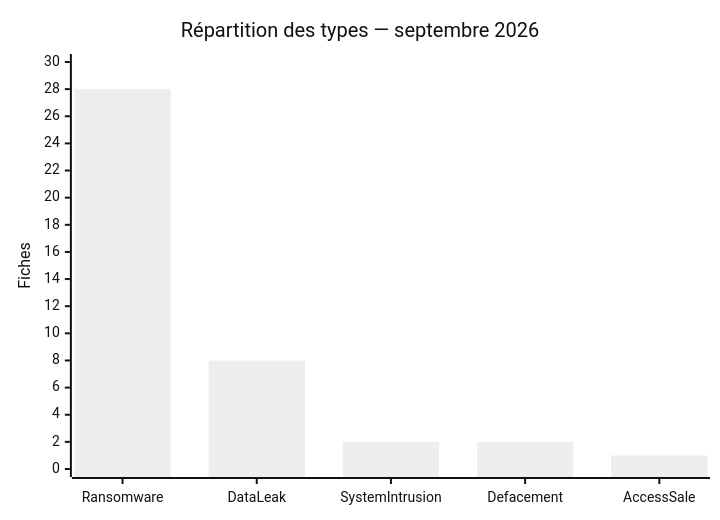
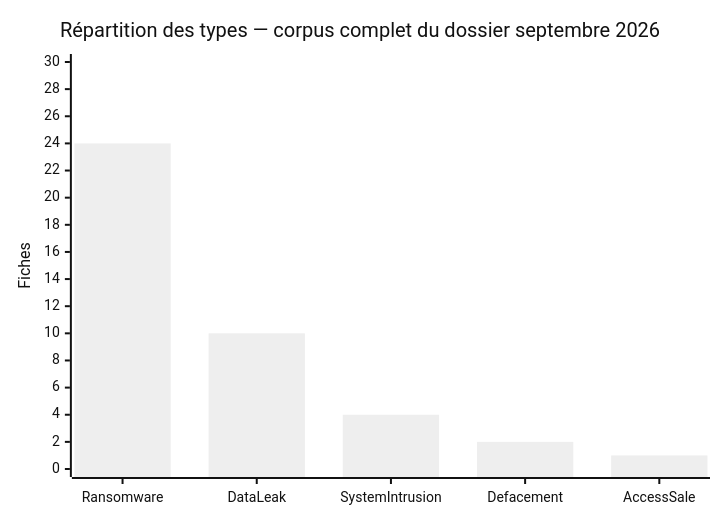
One commit to Hatchepsoute/AFRINTEL changed the third of 10 diagrams in CyberAttackAfrica/2026/09-september/README_FR.md. Above: the diagram before and after it, drawn with Mermaid (neutral theme). The commit also changed other lines of this file and 30 other files, not shown here.

````diff
--- a/CyberAttackAfrica/2026/09-september/README_FR.md
+++ b/CyberAttackAfrica/2026/09-september/README_FR.md
@@ -73,7 +101,7 @@
 ```mermaid
 xychart-beta
-    title "Répartition des types — septembre 2026"
+    title "Répartition des types — corpus complet du dossier septembre 2026"
     x-axis [Ransomware, DataLeak, SystemIntrusion, Defacement, AccessSale]
     y-axis "Fiches" 0 --> 30
-    bar [28, 8, 2, 2, 1]
+    bar [24, 10, 4, 2, 1]
 ```
````
